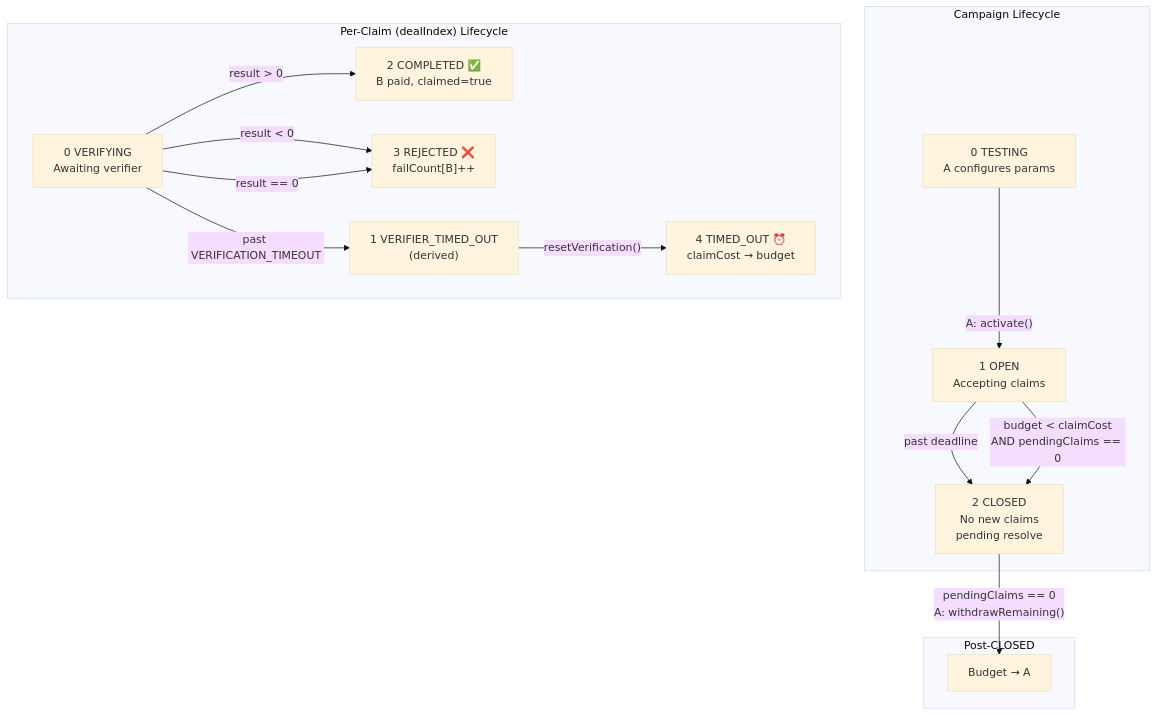
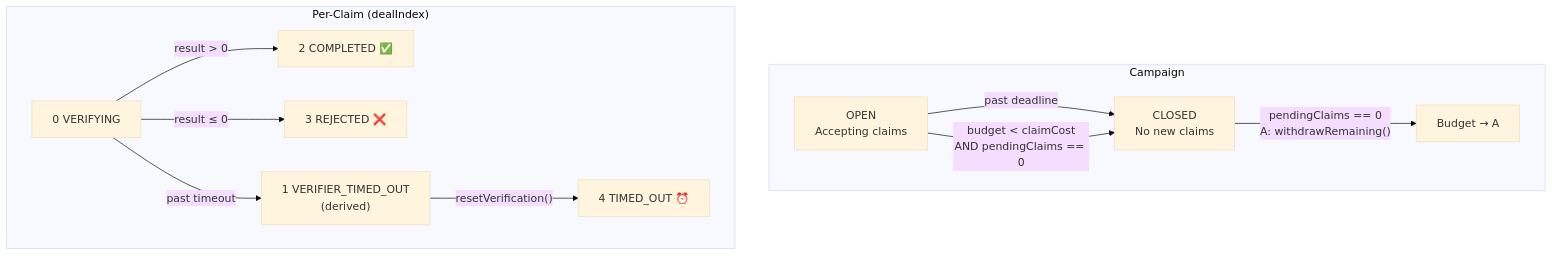
One commit to synctxai/synctx changed the second of 2 diagrams in examples/x-follow/x-follow-design.md. Above: the diagram before and after it, drawn with Mermaid (base theme). The commit also changed other lines of this file and 1 other file, not shown here.

````diff
--- a/examples/x-follow/x-follow-design.md
+++ b/examples/x-follow/x-follow-design.md
@@ -316,30 +317,24 @@
 ```mermaid
 flowchart TD
-    subgraph "Campaign Lifecycle"
-        TESTING["0 TESTING<br/>A configures params"]
-        OPEN["1 OPEN<br/>Accepting claims"]
-        CLOSED["2 CLOSED<br/>No new claims<br/>pending resolve"]
+    subgraph "Campaign"
+        OPEN["OPEN<br/>Accepting claims"]
+        CLOSED["CLOSED<br/>No new claims"]
 
-        TESTING -->|"A: activate()"| OPEN
         OPEN -->|"past deadline"| CLOSED
         OPEN -->|"budget < claimCost<br/>AND pendingClaims == 0"| CLOSED
-    end
-
-    subgraph "Post-CLOSED"
         CLOSED -->|"pendingClaims == 0<br/>A: withdrawRemaining()"| DONE["Budget → A"]
     end
 
-    subgraph "Per-Claim (dealIndex) Lifecycle"
-        VERIFYING["0 VERIFYING<br/>Awaiting verifier"]
-        VERIFIER_TIMED_OUT["1 VERIFIER_TIMED_OUT<br/>(derived)"]
-        COMPLETED["2 COMPLETED ✅<br/>B paid, claimed=true"]
-        REJECTED["3 REJECTED ❌<br/>failCount[B]++"]
-        CLAIM_TIMEOUT["4 TIMED_OUT ⏰<br/>claimCost → budget"]
+    subgraph "Per-Claim (dealIndex)"
+        VERIFYING["0 VERIFYING"]
+        VTO["1 VERIFIER_TIMED_OUT<br/>(derived)"]
+        COMPLETED["2 COMPLETED ✅"]
+        REJECTED["3 REJECTED ❌"]
+        TO["4 TIMED_OUT ⏰"]
 
         VERIFYING -->|"result > 0"| COMPLETED
-        VERIFYING -->|"result < 0"| REJECTED
-        VERIFYING -->|"result == 0"| REJECTED
-        VERIFYING -->|"past VERIFICATION_TIMEOUT"| VERIFIER_TIMED_OUT
-        VERIFIER_TIMED_OUT -->|"resetVerification()"| CLAIM_TIMEOUT
+        VERIFYING -->|"result ≤ 0"| REJECTED
+        VERIFYING -->|"past timeout"| VTO
+        VTO -->|"resetVerification()"| TO
     end
 ```
````
